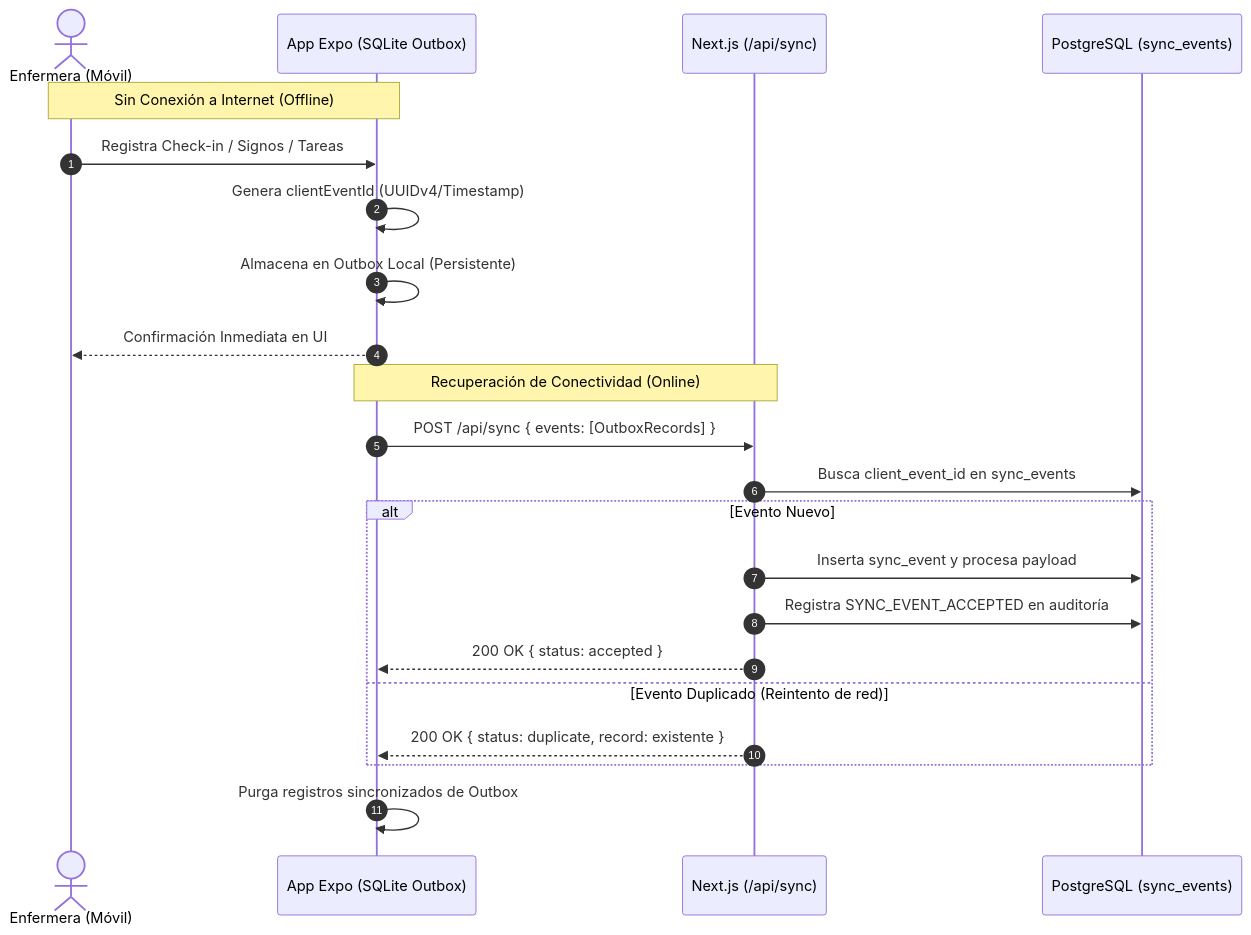
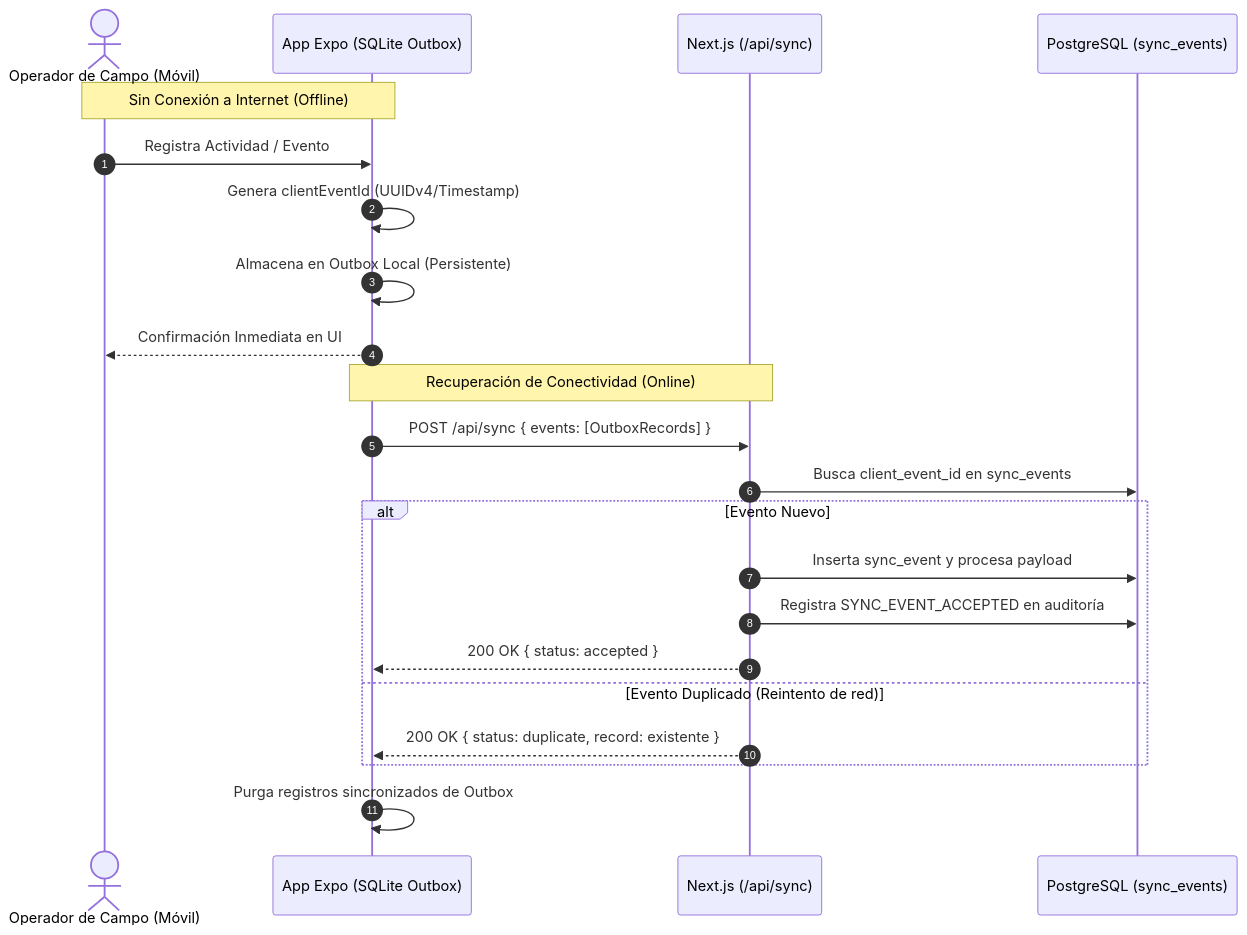
One commit to miguelms/GoldenStarterCodex changed the sixth of 7 diagrams in docs/architecture/starter-architecture-guide.md. Above: the diagram before and after it, drawn with Mermaid. The commit also changed other lines of this file and 43 other files, not shown here.

````diff
--- a/docs/architecture/starter-architecture-guide.md
+++ b/docs/architecture/starter-architecture-guide.md
@@ -301,26 +286,26 @@
 ```mermaid
 sequenceDiagram
     autonumber
-    actor Nurse as Enfermera (Móvil)
+    actor User as Operador de Campo (Móvil)
     participant Client as App Expo (SQLite Outbox)
     participant Server as Next.js (/api/sync)
     participant DB as PostgreSQL (sync_events)
 
-    Note over Nurse,Client: Sin Conexión a Internet (Offline)
-    Nurse->>Client: Registra Check-in / Signos / Tareas
+    Note over User,Client: Sin Conexión a Internet (Offline)
+    User->>Client: Registra Actividad / Evento
     Client->>Client: Genera clientEventId (UUIDv4/Timestamp)
     Client->>Client: Almacena en Outbox Local (Persistente)
-    Client-->>Nurse: Confirmación Inmediata en UI
+    Client-->>User: Confirmación Inmediata en UI
 
     Note over Client,Server: Recuperación de Conectividad (Online)
     Client->>Server: POST /api/sync { events: [OutboxRecords] }
     Server->>DB: Busca client_event_id en sync_events
     alt Evento Nuevo
         Server->>DB: Inserta sync_event y procesa payload
         Server->>DB: Registra SYNC_EVENT_ACCEPTED en auditoría
         Server-->>Client: 200 OK { status: accepted }
     else Evento Duplicado (Reintento de red)
         Server-->>Client: 200 OK { status: duplicate, record: existente }
     end
     Client->>Client: Purga registros sincronizados de Outbox
 ```
````
